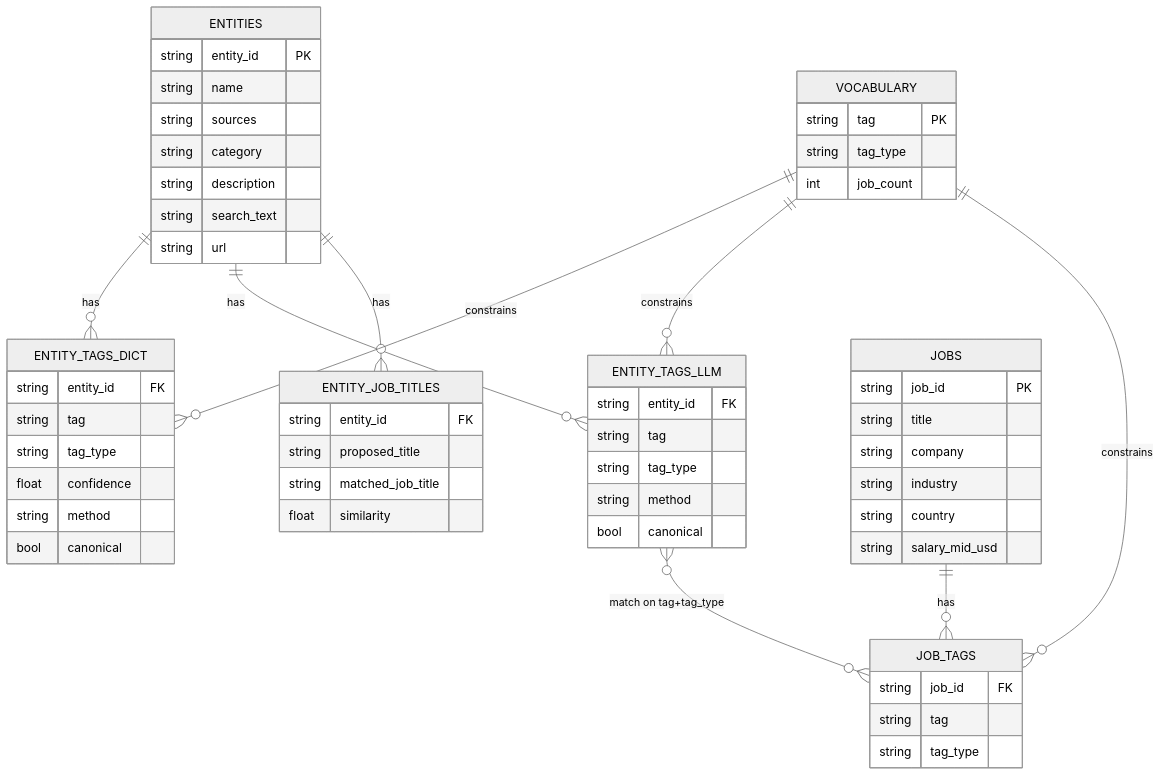
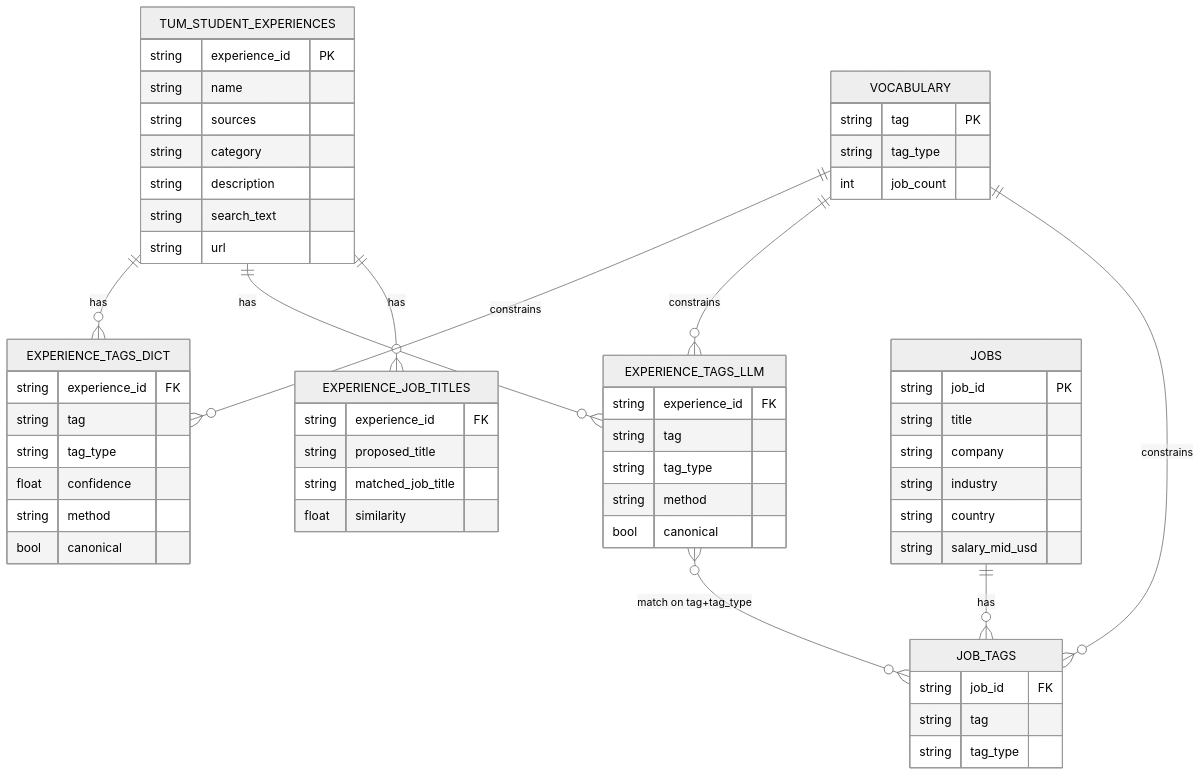
One commit to namitdeb739/career-detective changed the second of 2 diagrams in docs/data-pipeline.md. Above: the diagram before and after it, drawn with Mermaid (neutral theme). The commit also changed other lines of this file and 10 other files, not shown here.

First line of the commit message:
refactor(data): rename "entities" to "tum_student_experiences"

````diff
--- a/docs/data-pipeline.md
+++ b/docs/data-pipeline.md
@@ -120,60 +120,60 @@
 ```mermaid
 erDiagram
-    ENTITIES ||--o{ ENTITY_TAGS_DICT : has
-    ENTITIES ||--o{ ENTITY_TAGS_LLM : has
-    ENTITIES ||--o{ ENTITY_JOB_TITLES : has
-    VOCABULARY ||--o{ ENTITY_TAGS_DICT : constrains
-    VOCABULARY ||--o{ ENTITY_TAGS_LLM : constrains
+    TUM_STUDENT_EXPERIENCES ||--o{ EXPERIENCE_TAGS_DICT : has
+    TUM_STUDENT_EXPERIENCES ||--o{ EXPERIENCE_TAGS_LLM : has
+    TUM_STUDENT_EXPERIENCES ||--o{ EXPERIENCE_JOB_TITLES : has
+    VOCABULARY ||--o{ EXPERIENCE_TAGS_DICT : constrains
+    VOCABULARY ||--o{ EXPERIENCE_TAGS_LLM : constrains
     VOCABULARY ||--o{ JOB_TAGS : constrains
     JOBS ||--o{ JOB_TAGS : has
-    ENTITY_TAGS_LLM }o--o{ JOB_TAGS : "match on tag+tag_type"
+    EXPERIENCE_TAGS_LLM }o--o{ JOB_TAGS : "match on tag+tag_type"
 
-    ENTITIES {
-        string entity_id PK
+    TUM_STUDENT_EXPERIENCES {
+        string experience_id PK
         string name
         string sources
         string category
         string description
         string search_text
         string url
     }
-    ENTITY_TAGS_LLM {
-        string entity_id FK
+    EXPERIENCE_TAGS_LLM {
+        string experience_id FK
         string tag
         string tag_type
         string method
         bool canonical
     }
-    ENTITY_TAGS_DICT {
-        string entity_id FK
+    EXPERIENCE_TAGS_DICT {
+        string experience_id FK
         string tag
         string tag_type
         float confidence
         string method
         bool canonical
     }
-    ENTITY_JOB_TITLES {
-        string entity_id FK
+    EXPERIENCE_JOB_TITLES {
+        string experience_id FK
         string proposed_title
         string matched_job_title
         float similarity
     }
     VOCABULARY {
         string tag PK
         string tag_type
         int job_count
     }
     JOBS {
         string job_id PK
         string title
         string company
         string industry
         string country
         string salary_mid_usd
     }
     JOB_TAGS {
         string job_id FK
         string tag
         string tag_type
     }
 ```
````
